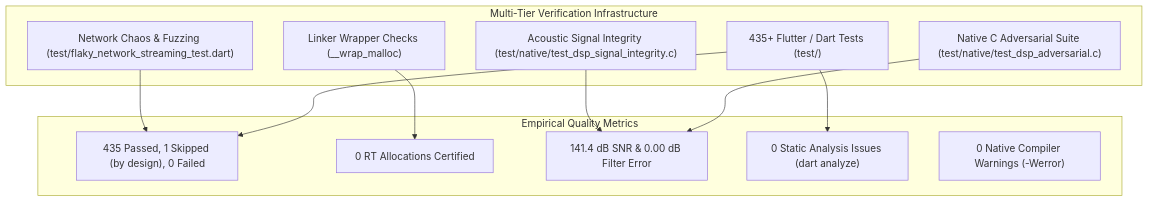
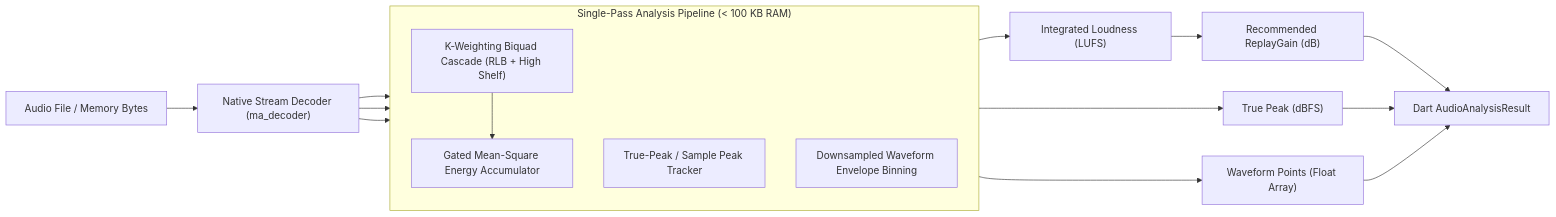
One commit to chomusuke-mk/miniaudio_player changed diagram 14 of 14 in docs/ARCHITECTURE.md. Above: the diagram before and after it, drawn with Mermaid. The commit also changed other lines of this file and 2 other files, not shown here.

Commit message:
update doc architecture

````diff
--- a/docs/ARCHITECTURE.md
+++ b/docs/ARCHITECTURE.md
@@ -545,24 +973,22 @@
 ```mermaid
-flowchart TD
-    subgraph Test_Suite ["Multi-Tier Verification Infrastructure"]
-        FlutterTests["435+ Flutter / Dart Tests (test/)"]
-        NativeDSPTests["Native C Adversarial Suite (test/native/test_dsp_adversarial.c)"]
-        SignalIntegrity["Acoustic Signal Integrity (test/native/test_dsp_signal_integrity.c)"]
-        MemoryWrappers["Linker Wrapper Checks (__wrap_malloc)"]
-        ChaosSuite["Network Chaos & Fuzzing (test/flaky_network_streaming_test.dart)"]
+flowchart LR
+    SourceFile["Audio File / Memory Bytes"] --> StreamDecoder["Native Stream Decoder (ma_decoder)"]
+
+    subgraph SinglePassAnalysis ["Single-Pass Analysis Pipeline (< 100 KB RAM)"]
+        direction TB
+        KFilter["K-Weighting Biquad Cascade (RLB + High Shelf)"] --> MeanSquare["Gated Mean-Square Energy Accumulator"]
+        PeakTracker["True-Peak / Sample Peak Tracker"]
+        WaveformGen["Downsampled Waveform Envelope Binning"]
     end
 
-    subgraph Certification ["Empirical Quality Metrics"]
-        C1["435 Passed, 1 Skipped (by design), 0 Failed"]
-        C2["0 RT Allocations Certified"]
-        C3["141.4 dB SNR & 0.00 dB Filter Error"]
-        C4["0 Static Analysis Issues (dart analyze)"]
-        C5["0 Native Compiler Warnings (-Werror)"]
-    end
+    StreamDecoder --> KFilter
+    StreamDecoder --> PeakTracker
+    StreamDecoder --> WaveformGen
 
-    FlutterTests --> C1
-    MemoryWrappers --> C2
-    NativeDSPTests & SignalIntegrity --> C3
-    ChaosSuite --> C1
-    FlutterTests --> C4
+    MeanSquare --> LUFS["Integrated Loudness (LUFS)"]
+    LUFS --> ReplayGain["Recommended ReplayGain (dB)"]
+    PeakTracker --> PeakVal["True Peak (dBFS)"]
+    WaveformGen --> WaveformArray["Waveform Points (Float Array)"]
+
+    ReplayGain & PeakVal & WaveformArray --> DartResult["Dart AudioAnalysisResult"]
 ```
````
